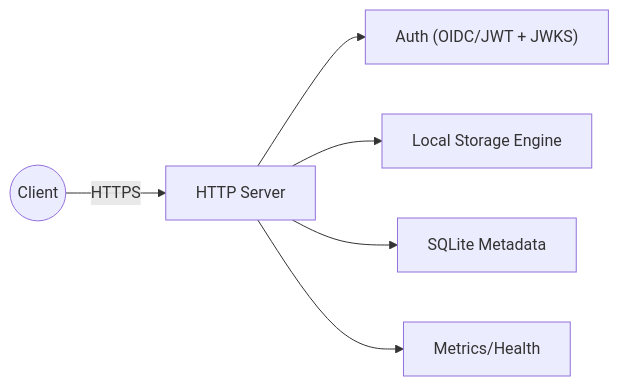
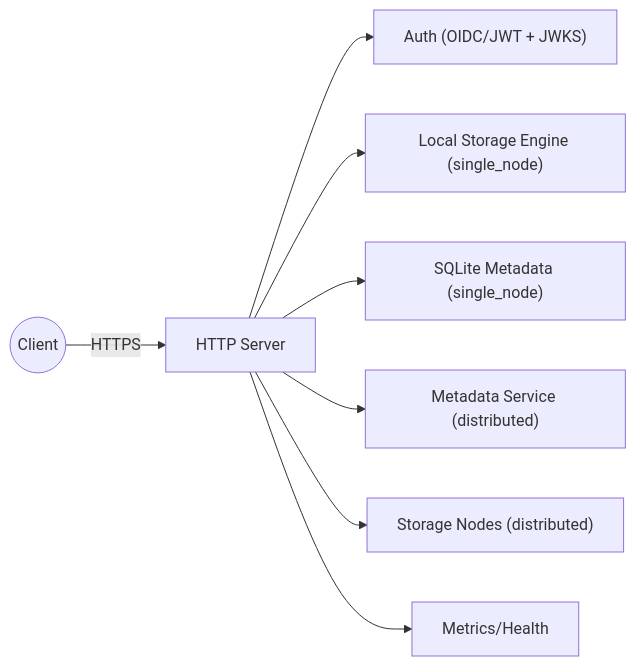
The diagram in README.md (Jihaoyb/file_server), drawn with Mermaid before and after one commit. The commit also changed other lines of this file and 1 other file, not shown here.

Commit message:
docs(milestone6): align architecture and distributed baseline status

````diff
--- a/README.md
+++ b/README.md
@@ -15,8 +15,10 @@
 ```mermaid
 flowchart LR
   client(("Client")) -->|"HTTPS"| gateway["HTTP Server"]
   gateway --> auth["Auth (OIDC/JWT + JWKS)"]
-  gateway --> storage["Local Storage Engine"]
-  gateway --> metadata["SQLite Metadata"]
+  gateway --> local_storage["Local Storage Engine (single_node)"]
+  gateway --> local_metadata["SQLite Metadata (single_node)"]
+  gateway --> metadata_svc["Metadata Service (distributed)"]
+  gateway --> storage_nodes["Storage Nodes (distributed)"]
   gateway --> observability["Metrics/Health"]
 ```
````
